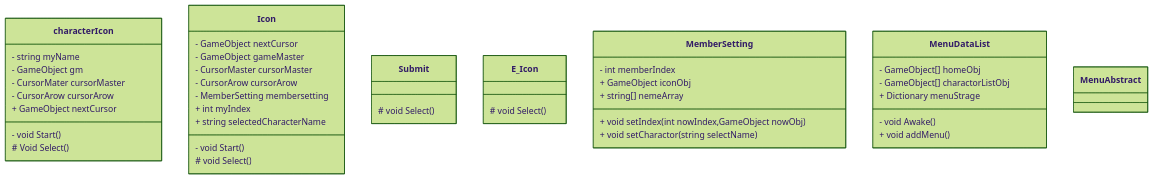
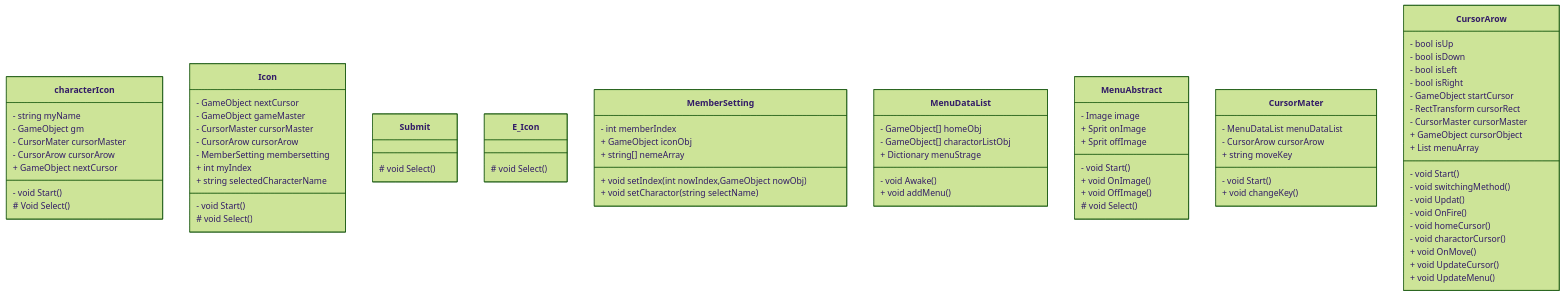
Before and after one commit to OzuAkira/Dissidia-oo-like: the diagram in Design_sheet.md, drawn with Mermaid (forest theme). The commit also changed 1 other file, not shown here.

Commit message:
クラス図の編集

````diff
--- a/Design_sheet.md
+++ b/Design_sheet.md
@@ -61,46 +61,79 @@
 ```mermaid
 classDiagram
 class characterIcon{
     - string myName
     - GameObject gm
     - CursorMater cursorMaster
     - CursorArow cursorArow
     + GameObject nextCursor
     - void Start()
     # Void Select() 
 }
 class Icon{
     - GameObject nextCursor
     - GameObject gameMaster
     - CursorMaster cursorMaster
     - CursorArow cursorArow
     - MemberSetting membersetting
     + int myIndex
     + string selectedCharacterName
     - void Start()
     # void Select()
 }
 class Submit{
     # void Select()
 }
 class E_Icon{
     # void Select()
 }
 class MemberSetting{
     - int memberIndex
     + GameObject iconObj
     + string[] nemeArray
     + void setIndex(int nowIndex,GameObject nowObj)
     + void setCharactor(string selectName)
 }
 class MenuDataList{
     - GameObject[] homeObj
     - GameObject[] charactorListObj
     + Dictionary<string,GameObject[]> menuStrage
     - void Awake()
     + void addMenu()
 }
 class MenuAbstract{
-
+    - Image image
+    + Sprit onImage
+    + Sprit offImage
+    - void Start()
+    + void OnImage()
+    + void OffImage()
+    # void Select()
+}
+class CursorMater{
+    - MenuDataList menuDataList
+    - CursorArow cursorArow
+    + string moveKey
+    - void Start()
+    + void changeKey()
+}
+class CursorArow{
+    - bool isUp
+    - bool isDown
+    - bool isLeft
+    - bool isRight
+    - GameObject startCursor
+    - RectTransform cursorRect
+    - CursorMaster cursorMaster
+    + GameObject cursorObject
+    + List<MenuAbstract> menuArray
+    - void Start()
+    - void switchingMethod()
+    - void Updat()
+    - void OnFire()
+    - void homeCursor()
+    - void charactorCursor()
+    + void OnMove()
+    + void UpdateCursor()
+    + void UpdateMenu()
 }
 ```
````
